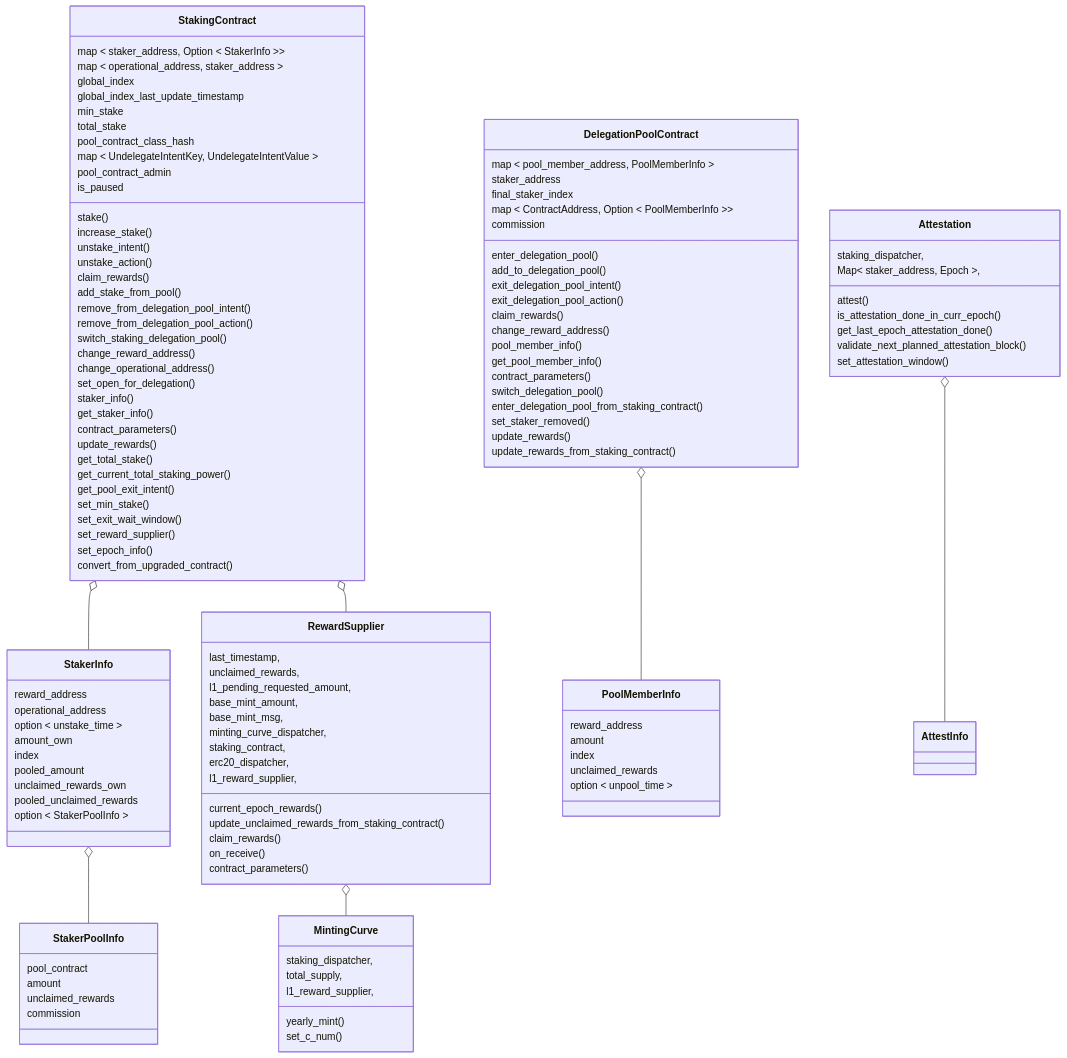
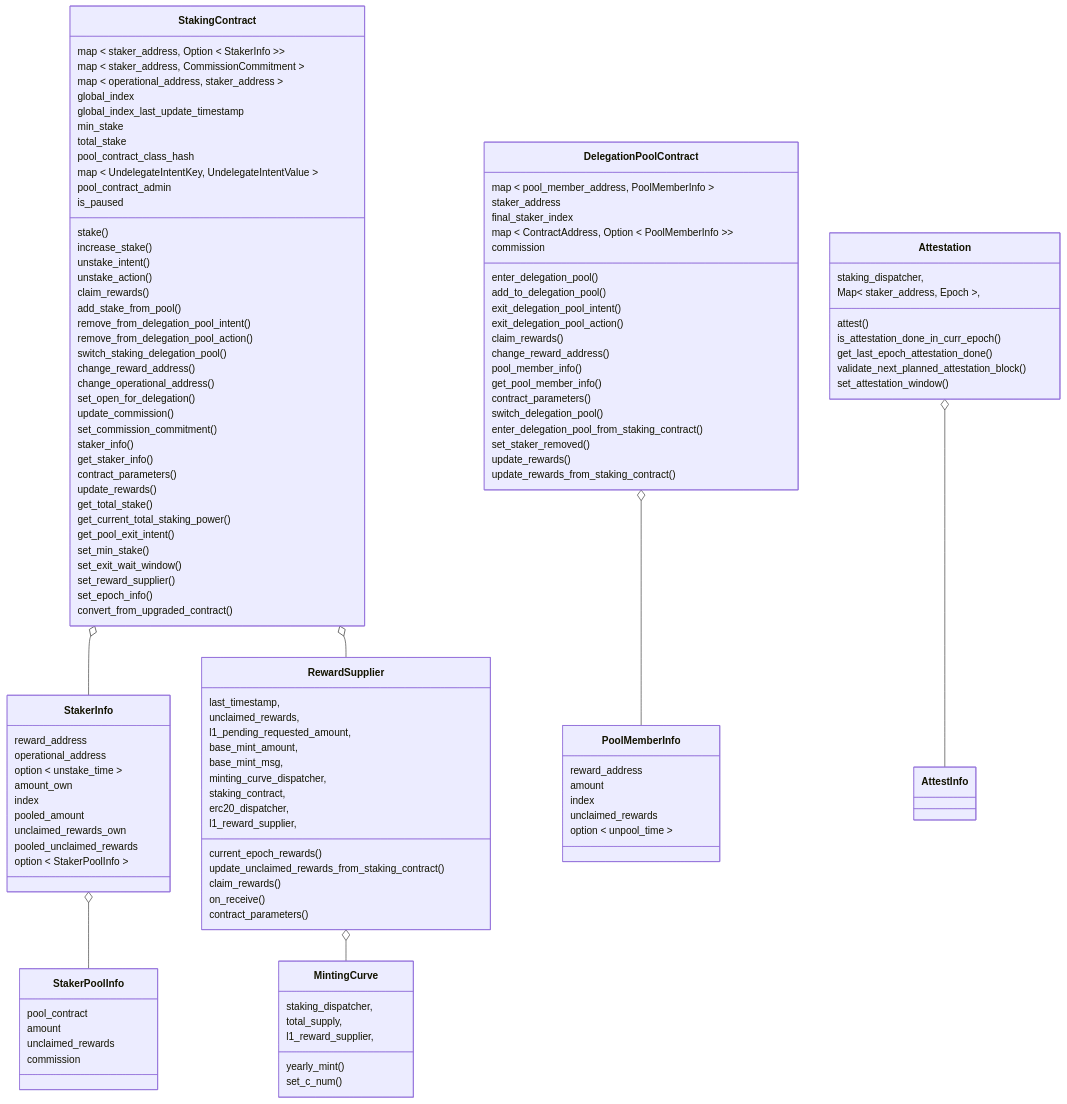
One commit to starkware-libs/starknet-staking changed the first of 8 diagrams in workspace/apps/staking/docs/spec.md. Above: the diagram before and after it, drawn with Mermaid. The commit also changed other lines of this file and 5 other files, not shown here.

Commit message:
feat(staking): commission commitment (#3267)

```diff
--- a/workspace/apps/staking/docs/spec.md
+++ b/workspace/apps/staking/docs/spec.md
@@ -193,6 +202,7 @@
 classDiagram
   class StakingContract{
     map < staker_address, Option < StakerInfo >>
+    map < staker_address, CommissionCommitment >
     map < operational_address, staker_address >
     global_index
     global_index_last_update_timestamp
@@ -214,6 +224,8 @@
     change_reward_address()
     change_operational_address()
     set_open_for_delegation()
+    update_commission()
+    set_commission_commitment()
     staker_info()
     get_staker_info()
     contract_parameters()
```
